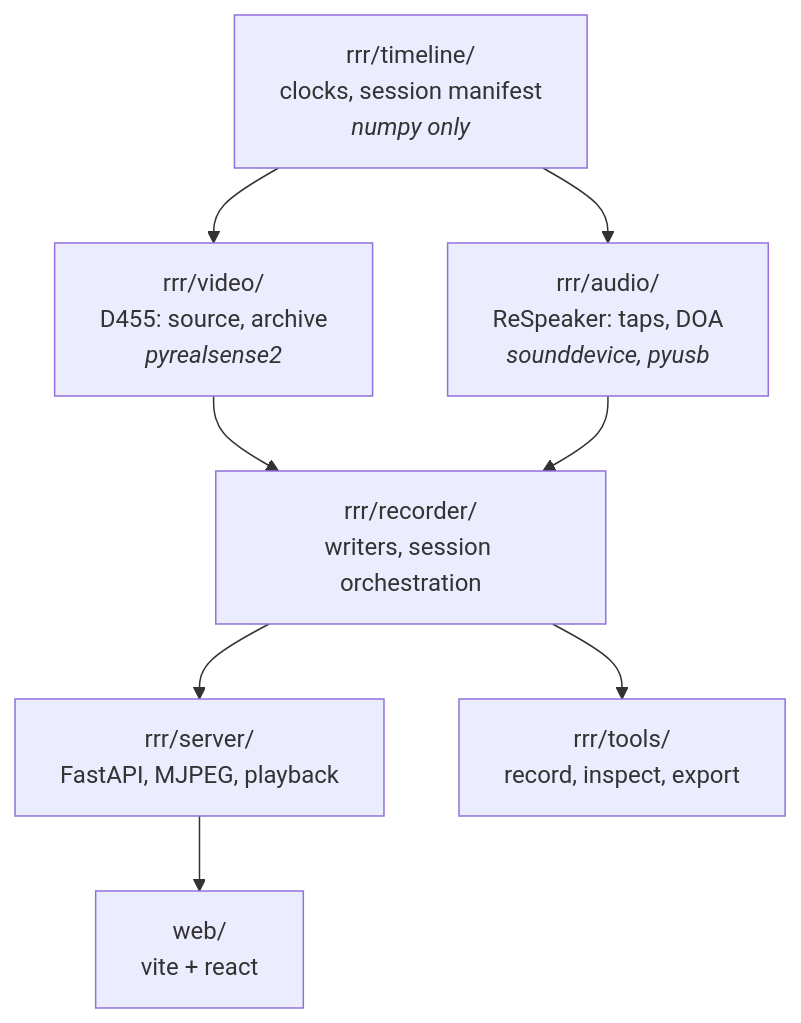
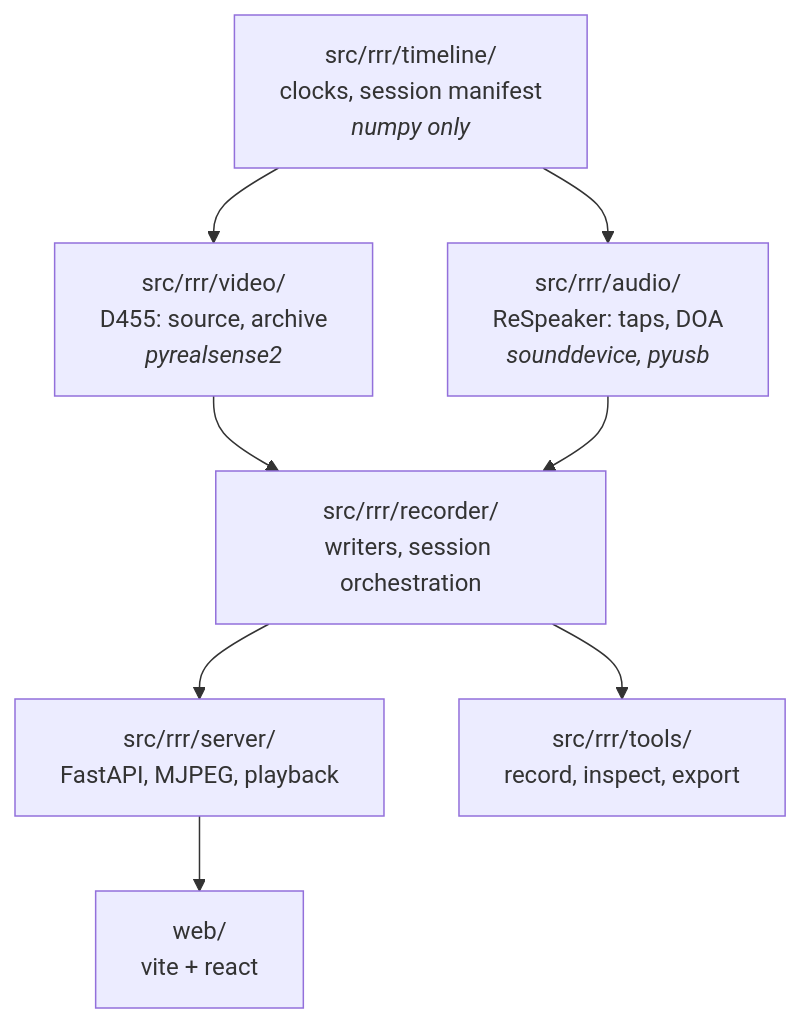
The first of 2 diagrams in docs/design.md (tkanek0/rererecorder), drawn with Mermaid before and after one commit. The commit also changed other lines of this file and 43 other files, not shown here.

````diff
--- a/docs/design.md
+++ b/docs/design.md
@@ -30,17 +30,17 @@
 ```mermaid
 flowchart TD
-    T["rrr/timeline/<br/>clocks, session manifest<br/><i>numpy only</i>"]
-    V["rrr/video/<br/>D455: source, archive<br/><i>pyrealsense2</i>"]
-    A["rrr/audio/<br/>ReSpeaker: taps, DOA<br/><i>sounddevice, pyusb</i>"]
-    R["rrr/recorder/<br/>writers, session orchestration"]
-    S["rrr/server/<br/>FastAPI, MJPEG, playback"]
-    C["rrr/tools/<br/>record, inspect, export"]
+    T["src/rrr/timeline/<br/>clocks, session manifest<br/><i>numpy only</i>"]
+    V["src/rrr/video/<br/>D455: source, archive<br/><i>pyrealsense2</i>"]
+    A["src/rrr/audio/<br/>ReSpeaker: taps, DOA<br/><i>sounddevice, pyusb</i>"]
+    R["src/rrr/recorder/<br/>writers, session orchestration"]
+    S["src/rrr/server/<br/>FastAPI, MJPEG, playback"]
+    C["src/rrr/tools/<br/>record, inspect, export"]
     W["web/<br/>vite + react"]
     T --> V
     T --> A
     V --> R
     A --> R
     R --> S
     R --> C
     S --> W
 ```
````
